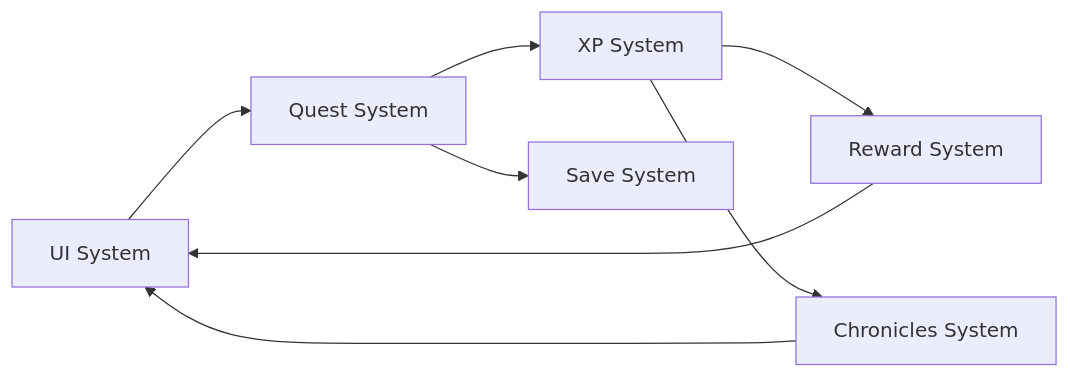
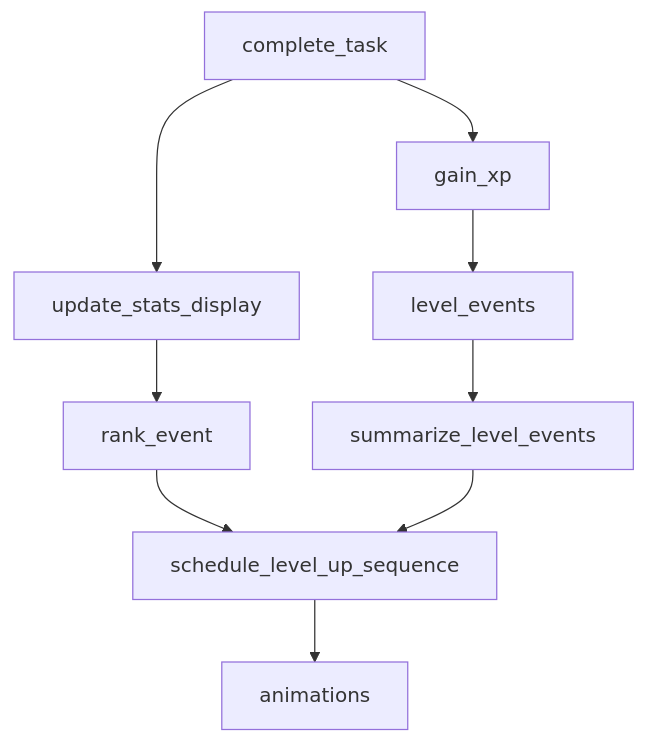
Before and after one commit to nimbold/LifeXP: the third of 30 diagrams in docs/beginner-guide/03-advanced.md, drawn with Mermaid. The commit also changed other lines of this file, not shown here.

````diff
--- a/docs/beginner-guide/03-advanced.md
+++ b/docs/beginner-guide/03-advanced.md
@@ -46,10 +157,11 @@
 ```mermaid
-flowchart LR
-    A["UI System"] --> B["Quest System"]
-    B --> C["XP System"]
-    C --> D["Reward System"]
-    B --> E["Save System"]
-    C --> F["Chronicles System"]
-    D --> A
-    F --> A
+flowchart TD
+    A["complete_task"] --> B["gain_xp"]
+    B --> C["level_events"]
+    A --> D["update_stats_display"]
+    D --> E["rank_event"]
+    C --> F["summarize_level_events"]
+    E --> G["schedule_level_up_sequence"]
+    F --> G
+    G --> H["animations"]
 ```
````
